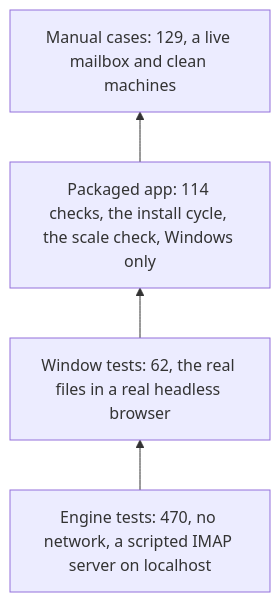
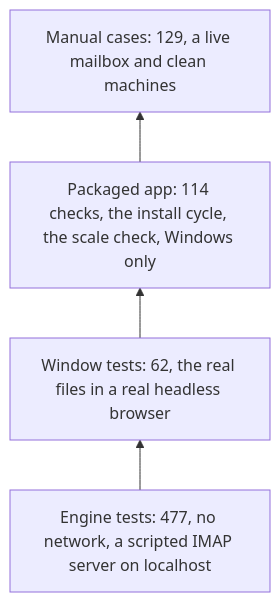
Before and after one commit to SarangVehale/email-todolist: the first of 2 diagrams in docs/testing/strategy.md, drawn with Mermaid. The commit also changed other lines of this file and 7 other files, not shown here.

````diff
--- a/docs/testing/strategy.md
+++ b/docs/testing/strategy.md
@@ -24,6 +24,6 @@
 ```mermaid
 flowchart BT
-    E["Engine tests: 470, no network, a scripted IMAP server on localhost"] --> W["Window tests: 62, the real files in a real headless browser"]
+    E["Engine tests: 477, no network, a scripted IMAP server on localhost"] --> W["Window tests: 62, the real files in a real headless browser"]
     W --> P["Packaged app: 114 checks, the install cycle, the scale check, Windows only"]
     P --> M["Manual cases: 129, a live mailbox and clean machines"]
 ```
````
